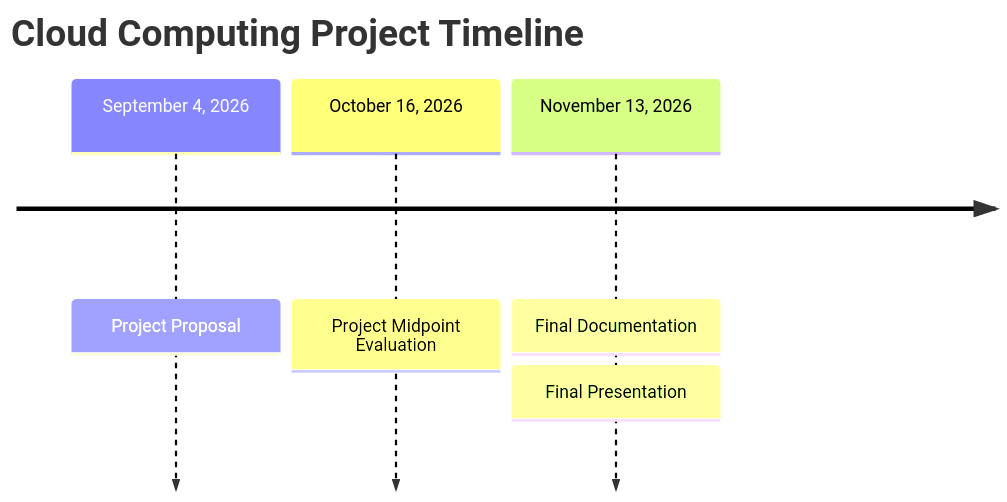
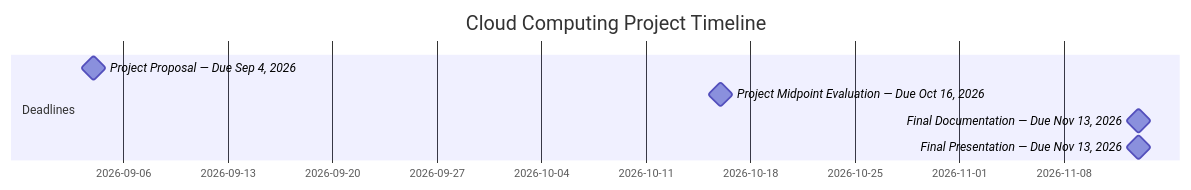
One commit to sophia-dao/cloud_computing_proj changed the diagram in README.md. Above: the diagram before and after it, drawn with Mermaid.

Commit message:
Update project timeline format in README.md

````diff
--- a/README.md
+++ b/README.md
@@ -5,13 +5,11 @@
 ```mermaid
-timeline
+gantt
     title Cloud Computing Project Timeline
+    dateFormat YYYY-MM-DD
 
-    September 4, 2026 : Project Proposal
-                      
-                       
-    October 16, 2026 : Project Midpoint Evaluation
-                
-                     
-    November 13, 2026 : Final Documentation
-                      : Final Presentation
+    section Deadlines
+    Project Proposal — Due Sep 4, 2026              :milestone, proposal, 2026-09-04, 0d
+    Project Midpoint Evaluation — Due Oct 16, 2026  :milestone, midpoint, 2026-10-16, 0d
+    Final Documentation — Due Nov 13, 2026          :milestone, documentation, 2026-11-13, 0d
+    Final Presentation — Due Nov 13, 2026            :milestone, presentation, 2026-11-13, 0d
 ```
````
